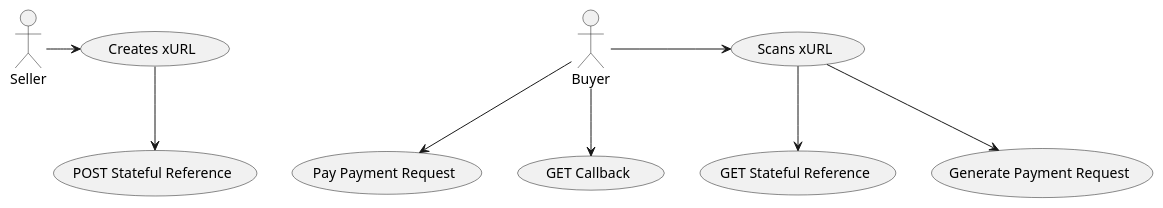
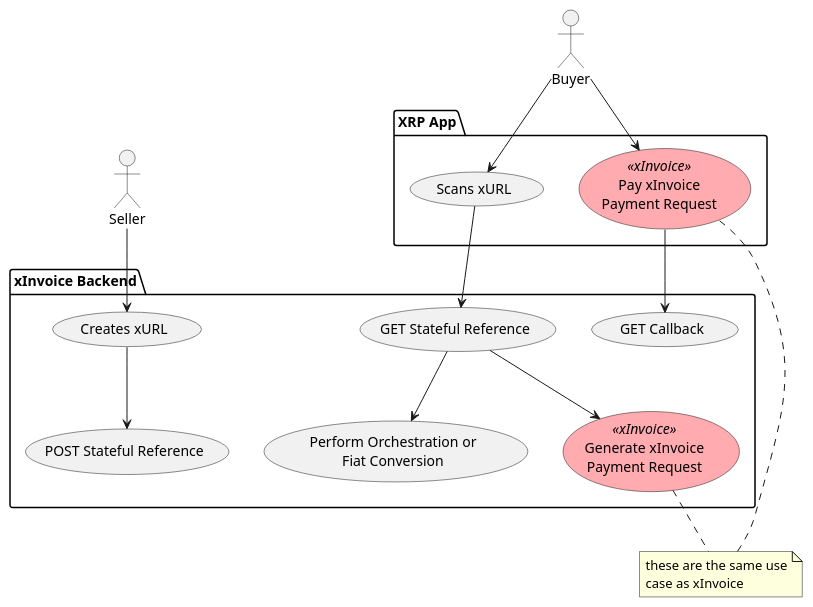
One commit to claytantor/xrpl-poc-python changed the diagram in docs/xurl-use.puml. Above: the diagram before and after it, drawn with PlantUML. The commit also changed other lines of this file and 6 other files, not shown here.

Commit message:
update xurl sequence

```diff
--- a/docs/xurl-use.puml
+++ b/docs/xurl-use.puml
@@ -1,11 +1,36 @@
-@startuml
-Seller->(Creates xURL)
+@startuml xurl_usecase
+
+skinparam usecase {
+    BackgroundColor<< xInvoice >> #ffabb0
+}
+
+package "XRP App" {
+    (Scans xURL)
+    (Pay xInvoice\nPayment Request) as (PayInvoice)<<xInvoice>>
+}
+
+package "xInvoice Backend" {
+    (GET Callback)
+    (Creates xURL)
+    (Generate xInvoice\nPayment Request) as (GenerateInvoice)<<xInvoice>>
+    (POST Stateful Reference)
+    (Perform Orchestration or\nFiat Conversion) as (Orchestrate)
+    (GET Stateful Reference)
+}
+
+Seller-->(Creates xURL)
 (Creates xURL)-->(POST Stateful Reference)
 
-Buyer->(Scans xURL)
+Buyer-->(Scans xURL)
 (Scans xURL)-->(GET Stateful Reference)
-(Scans xURL)-->(Generate Payment Request)
-Buyer-->(Pay Payment Request)
-Buyer-->(GET Callback)
+(GET Stateful Reference)-->(Orchestrate)
+(GET Stateful Reference)-->(GenerateInvoice)
+
+Buyer-->(PayInvoice)
+(PayInvoice)-->(GET Callback)
+
+note "these are the same use\ncase as xInvoice " as N2
+(GenerateInvoice) .. N2
+N2 .. (PayInvoice)
 
 @enduml
```
